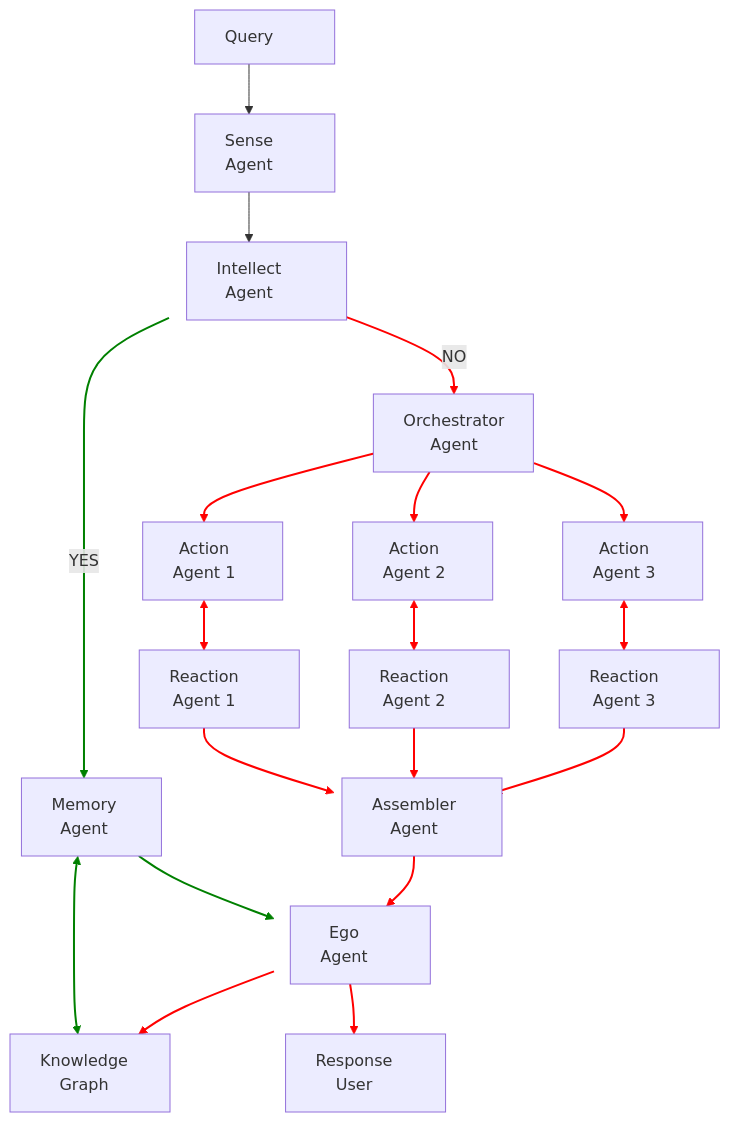
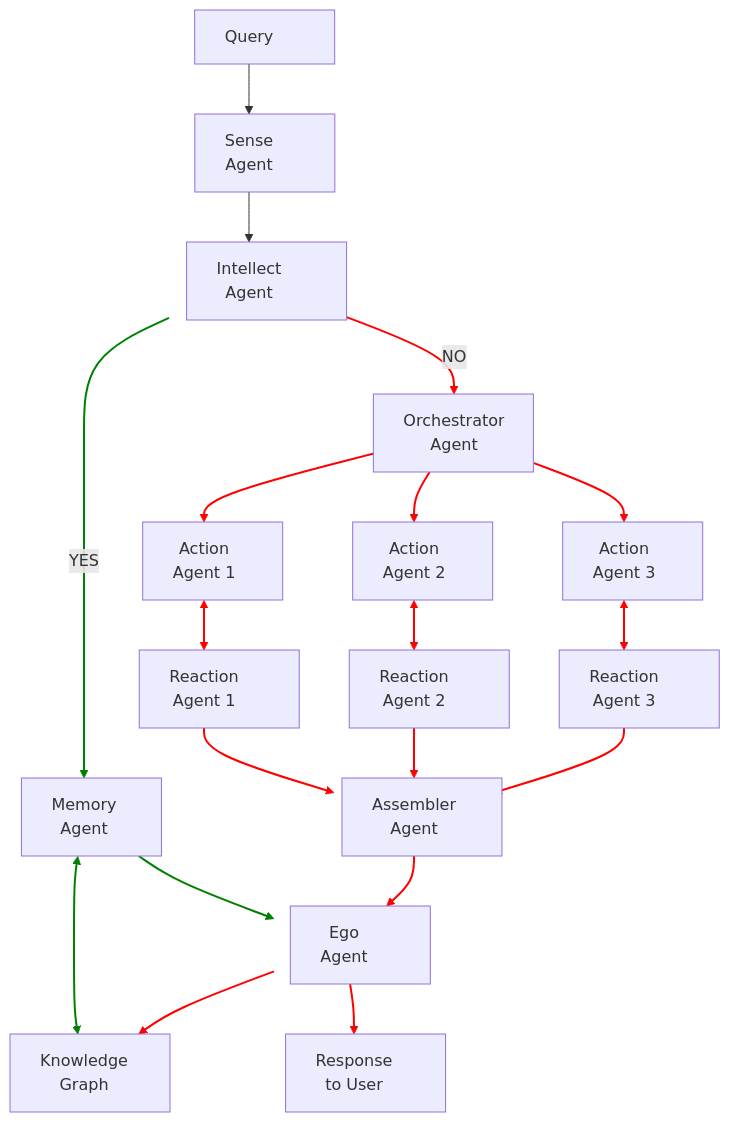
The diagram in README.md (Mindverse-Computing/algoverse), drawn with Mermaid before and after one commit.

````diff
--- a/README.md
+++ b/README.md
@@ -78,58 +78,58 @@
 ```mermaid
 graph TD
   A[Query] --> S[Sense<br>Agent]
   S --> I[Intellect<br>Agent]
   I -- YES --> M[Memory<br>Agent]
   M <--> G[Knowledge<br>Graph]
   M --> E[Ego<br>Agent]
   I -- NO --> O[Orchestrator<br>Agent]
   O --> A1[Action<br>Agent 1]
   O --> A2[Action<br>Agent 2]
   O --> A3[Action<br>Agent 3]
   A1 <--> R1[Reaction<br>Agent 1]
   A2 <--> R2[Reaction<br>Agent 2]
   A3 <--> R3[Reaction<br>Agent 3]
   R1 --> AA[Assembler<br>Agent]
   R2 --> AA
   R3 --> AA
   AA --> E
   E --> G
-  E --> U[Response<br>User]
+  E --> U[Response<br> to User]
 
   %% Styling green paths (YES path)
   linkStyle 2 stroke:green,stroke-width:2px      
   linkStyle 3 stroke:green,stroke-width:2px      
   linkStyle 4 stroke:green,stroke-width:2px      
 
   %% Styling red paths (NO path)
   linkStyle 5 stroke:red,stroke-width:2px       
   linkStyle 6 stroke:red,stroke-width:2px        
   linkStyle 7 stroke:red,stroke-width:2px        
   linkStyle 8 stroke:red,stroke-width:2px        
   linkStyle 9 stroke:red,stroke-width:2px        
   linkStyle 10 stroke:red,stroke-width:2px       
   linkStyle 11 stroke:red,stroke-width:2px       
   linkStyle 12 stroke:red,stroke-width:2px       
   linkStyle 13 stroke:red,stroke-width:2px       
   linkStyle 14 stroke:red,stroke-width:2px       
   linkStyle 15 stroke:red,stroke-width:2px       
   linkStyle 16 stroke:red,stroke-width:2px       
   linkStyle 17 stroke:red,stroke-width:2px       
 
   %% Force wider node styles to prevent cut-off
   style A width:140px
   style S width:140px
   style I width:160px
   style M width:140px
   style G width:160px
   style E width:140px
   style O width:160px
   style A1 width:140px
   style A2 width:140px
   style A3 width:140px
   style R1 width:160px
   style R2 width:160px
   style R3 width:160px
   style AA width:160px
   style U width:160px          
 ```
````
